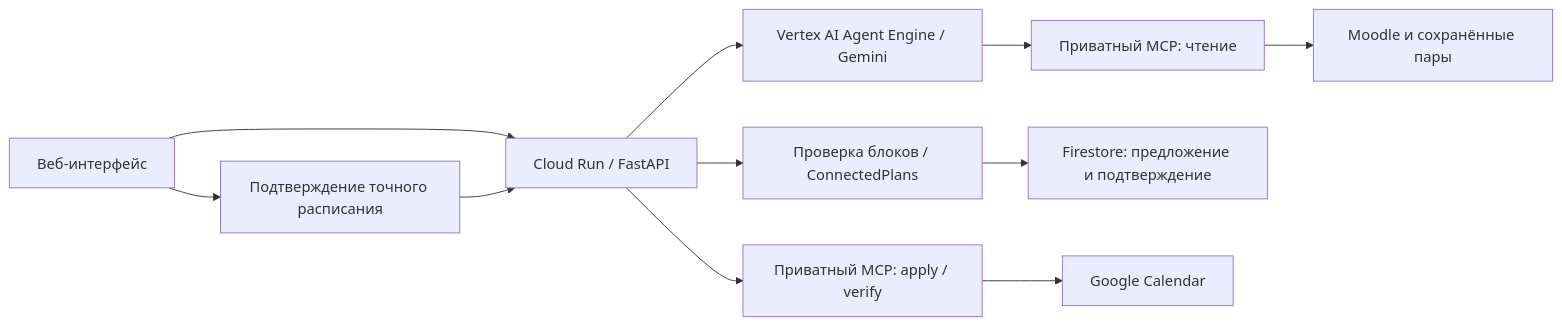
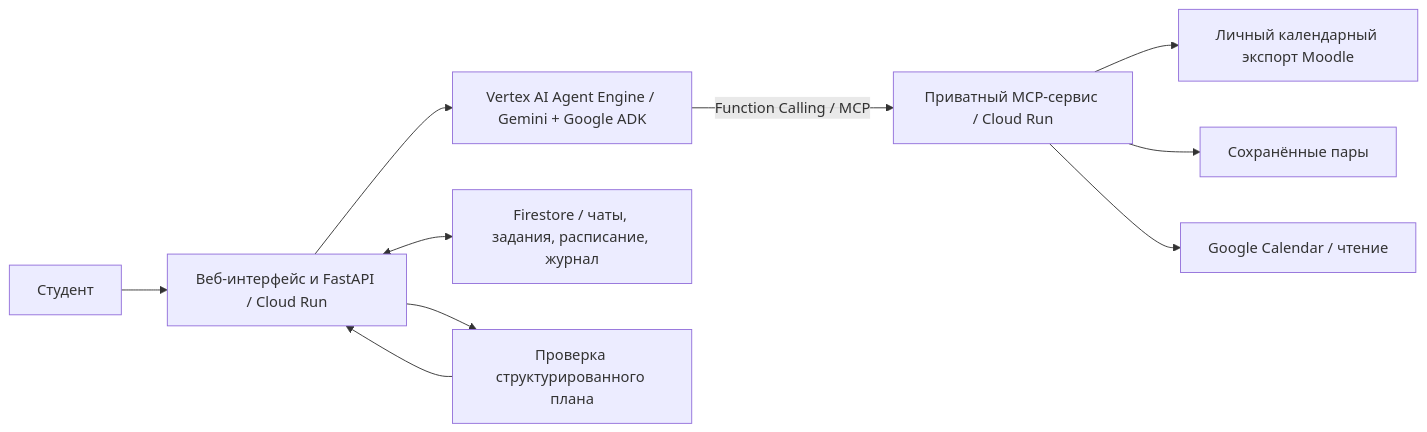
One commit to anuarmaksut711-dotcom/google_hack changed the diagram in README.md. Above: the diagram before and after it, drawn with Mermaid. The commit also changed other lines of this file, not shown here.

````diff
--- a/README.md
+++ b/README.md
@@ -59,13 +95,12 @@
 ```mermaid
 flowchart LR
-    Browser[Веб-интерфейс] --> Backend[Cloud Run / FastAPI]
-    Backend --> Engine[Vertex AI Agent Engine / Gemini]
-    Engine --> StudyMCP[Приватный MCP: чтение]
-    StudyMCP --> Moodle[Moodle и сохранённые пары]
-    Backend --> Draft[Проверка блоков / ConnectedPlans]
-    Draft --> Store[Firestore: предложение и подтверждение]
-    Browser --> Consent[Подтверждение точного расписания]
-    Consent --> Backend
-    Backend --> CalendarMCP[Приватный MCP: apply / verify]
-    CalendarMCP --> Calendar[Google Calendar]
+    Student[Студент] --> Web[Веб-интерфейс и FastAPI / Cloud Run]
+    Web --> Engine[Vertex AI Agent Engine / Gemini + Google ADK]
+    Engine -->|Function Calling / MCP| MCP[Приватный MCP-сервис / Cloud Run]
+    MCP --> Moodle[Личный календарный экспорт Moodle]
+    MCP --> Classes[Сохранённые пары]
+    MCP --> Calendar[Google Calendar / чтение]
+    Web <--> State[Firestore / чаты, задания, расписание, журнал]
+    Web --> Check[Проверка структурированного плана]
+    Check --> Web
 ```
````
